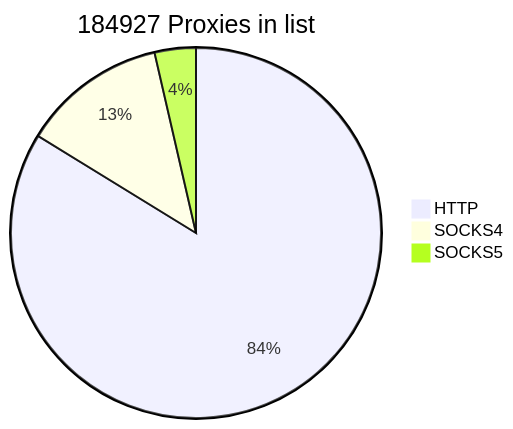
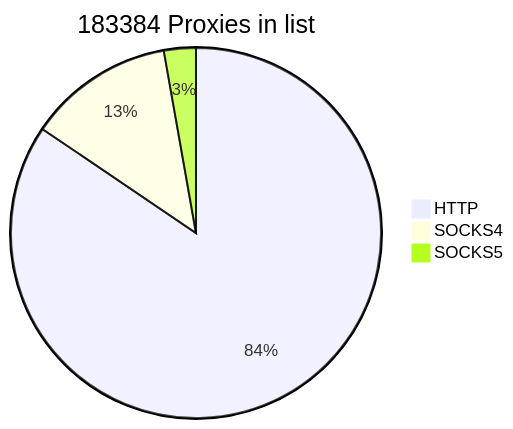
Before and after one commit to cutipu/proxylist: the first of 2 diagrams in README.md, drawn with Mermaid. The commit also changed other lines of this file, not shown here.

````diff
--- a/README.md
+++ b/README.md
@@ -2,7 +2,7 @@
 ```mermaid
-pie title 184927 Proxies in list
+pie title 183384 Proxies in list
     "HTTP" : 154905
     "SOCKS4" : 23369
-    "SOCKS5" : 6653
+    "SOCKS5" : 5110
             
 ```
````
